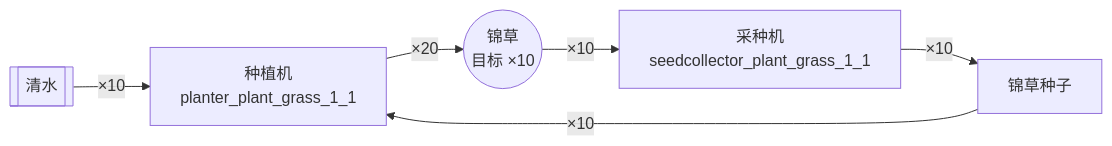
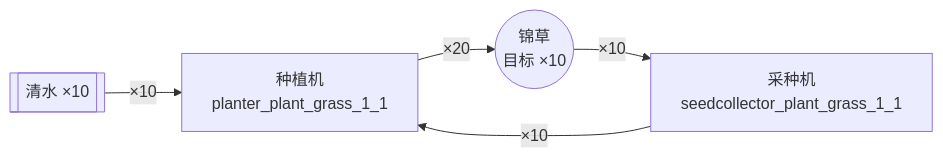
One commit to 0x00-pl/enddata changed the second of 3 diagrams in reports/recipe-analysis.md. Above: the diagram before and after it, drawn with Mermaid. The commit also changed other lines of this file and 8 other files, not shown here.

````diff
--- a/reports/recipe-analysis.md
+++ b/reports/recipe-analysis.md
@@ -138,13 +119,11 @@
 ```mermaid
 flowchart LR
-  I_item_liquid_water[["清水"]]
+  I_item_liquid_water[["清水 ×10"]]
   I_item_plant_grass_1(("锦草<br/>目标 ×10"))
-  I_item_plant_grass_seed_1["锦草种子"]
   R_planter_plant_grass_1_1["种植机<br/>planter_plant_grass_1_1"]
   R_seedcollector_plant_grass_1_1["采种机<br/>seedcollector_plant_grass_1_1"]
   I_item_liquid_water -->|"×10"| R_planter_plant_grass_1_1
   I_item_plant_grass_1 -->|"×10"| R_seedcollector_plant_grass_1_1
-  I_item_plant_grass_seed_1 -->|"×10"| R_planter_plant_grass_1_1
   R_planter_plant_grass_1_1 -->|"×20"| I_item_plant_grass_1
-  R_seedcollector_plant_grass_1_1 -->|"×10"| I_item_plant_grass_seed_1
+  R_seedcollector_plant_grass_1_1 -->|"×10"| R_planter_plant_grass_1_1
 ```
````
